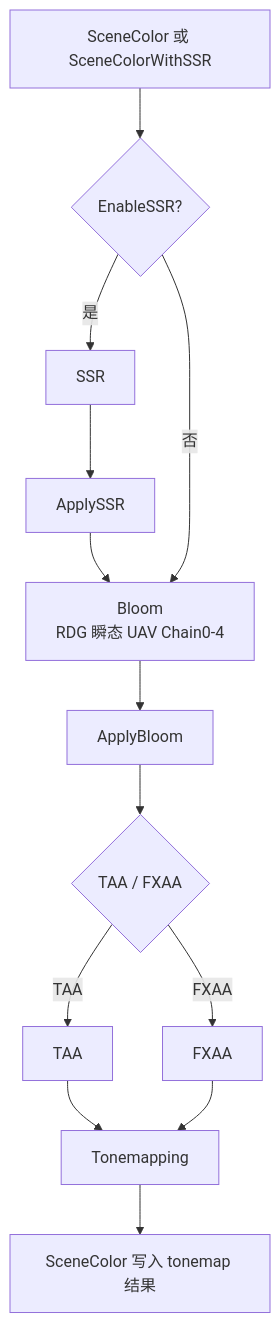
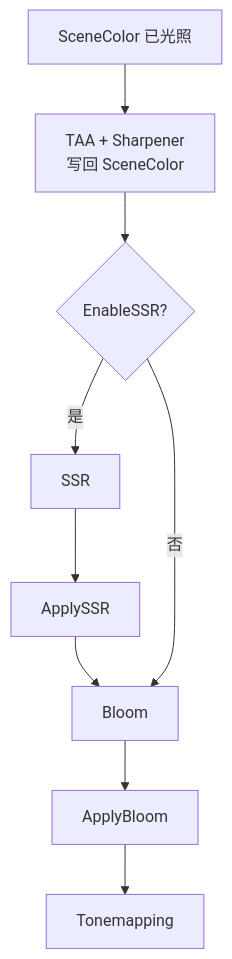
Before and after one commit to alexwu1984/MiniEngine: the third of 4 diagrams in doc/SceneRenderer-Frame-Graph.md, drawn with Mermaid. The commit also changed other lines of this file and 16 other files, not shown here.

````diff
--- a/doc/SceneRenderer-Frame-Graph.md
+++ b/doc/SceneRenderer-Frame-Graph.md
@@ -113,22 +116,17 @@
 ```mermaid
 flowchart TB
-  IN["SceneColor 或 SceneColorWithSSR"]
+  SC["SceneColor 已光照"]
+  TAA[TAA + Sharpener<br/>写回 SceneColor]
   SSR1{EnableSSR?}
   SSR[SSR]
   ASSR[ApplySSR]
-  BL[Bloom<br/>RDG 瞬态 UAV Chain0-4]
+  BL[Bloom]
   ABL[ApplyBloom]
-  AA{TAA / FXAA}
-  TAA[TAA]
-  FX[FXAA]
   TM[Tonemapping]
-  OUT[SceneColor 写入 tonemap 结果]
 
-  IN --> SSR1
+  SC --> TAA
+  TAA --> SSR1
   SSR1 -->|是| SSR --> ASSR --> BL
   SSR1 -->|否| BL
-  BL --> ABL --> AA
-  AA -->|TAA| TAA --> TM
-  AA -->|FXAA| FX --> TM
-  TM --> OUT
+  BL --> ABL --> TM
 ```
````
